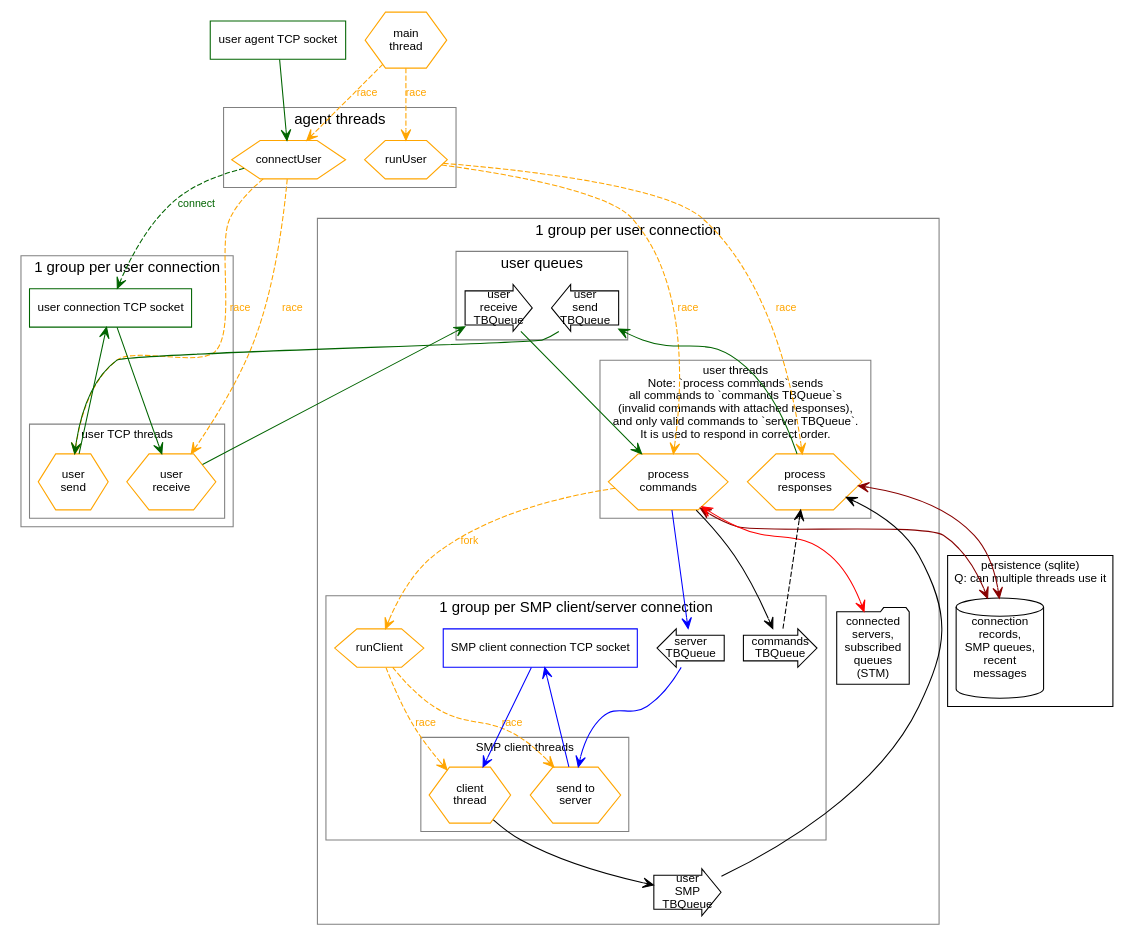
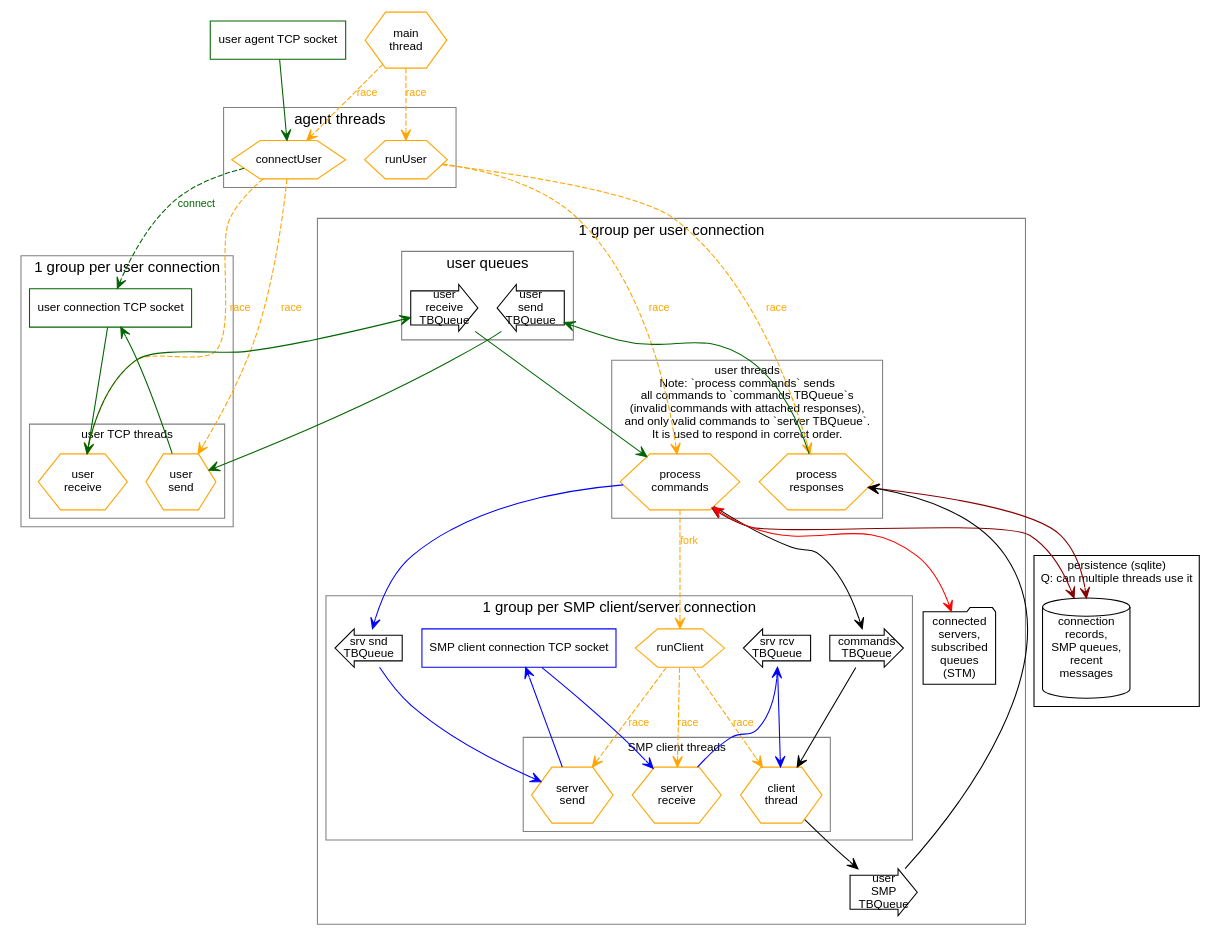
Before and after one commit to simplex-chat/simplexmq: the diagram in design/agent2.gv, drawn with Graphviz.

Commit message:
diagram: move command corellation to the client group

```diff
--- a/design/agent2.gv
+++ b/design/agent2.gv
@@ -1,101 +1,103 @@
 digraph SMPAgent {
   graph [fontname=arial]
   node [fontname=arial fontsize=11 shape=box]
   edge [fontname=arial fontsize=10 arrowhead=open arrowtail=open]
 
   main [shape=hexagon color=orange label="main\nthread"]
   aSock [label="user agent TCP socket" color=darkgreen]
 
   subgraph clusterPersistence {
     graph [fontsize=11]
     label="persistence (sqlite)\nQ: can multiple threads use it"
     connectionsStore [shape=cylinder label="connection\nrecords,\nSMP queues,\nrecent\nmessages"]
   }
 
   subgraph clusterAgent {
     graph [color=gray]
     node [shape=hexagon color=orange]
     label="agent threads" 
     connectUser
     runUser
   }
 
   main -> {runUser connectUser} [style=dashed label="race" color=orange fontcolor=orange]
   aSock -> connectUser [color=darkgreen]
 
   subgraph clusterUserTCP {
     graph [color=gray]
     label="1 group per user connection"
     uSock [label="user connection TCP socket" color=darkgreen]
 
     subgraph clusterUserTCPThreads {
       graph [fontsize=11 color=gray]
       label="user TCP threads"
       node [shape=hexagon, color=orange]
       uRcv [label="user\nreceive"]
       uSnd [label="user\nsend"]
     }
 
     uSock -> uRcv [color=darkgreen]
     uSnd -> uSock [color=darkgreen]
   }
 
   subgraph clusterUser {
     graph [color=gray]
     label="1 group per user connection"
 
     subgraph clusterUserInterface {
       label="user queues"
       uInq [shape=rarrow label="user\nreceive\nTBQueue"]
       uOutq [shape=larrow label="user\nsend\nTBQueue"]
     }
 
     subgraph clusterUserThreads {
       graph [fontsize=11 color=gray]
       label="user threads\nNote: `process commands` sends\nall commands to `commands TBQueue`s\n(invalid commands with attached responses),\nand only valid commands to `server TBQueue`.\nIt is used to respond in correct order."
       node [shape=hexagon, color=orange]
       uAgent [label="process\ncommands"]
       uProcess [label="process\nresponses"]
     }
 
     uRcv -> uInq -> uAgent [color=darkgreen]
     uProcess -> uOutq -> uSnd [color=darkgreen]
 
     subgraph clusterClient {
       graph [color=gray]
       label="1 group per SMP client/server connection"
       runClient [shape=hexagon, color=orange]
-      sOutq [shape=larrow label="server\nTBQueue"]
+      sOutq [shape=larrow label="srv snd\nTBQueue"]
+      iInq [shape=larrow  label="srv rcv\nTBQueue"]
       sCmdq [shape=rarrow label="commands\nTBQueue"]
       sSock [label="SMP client connection TCP socket" color=blue]
 
       subgraph clusterServerThreads {
         graph [fontsize=11 color=gray]
         label="SMP client threads"
         node [shape=hexagon, color=orange]
         sAgent [label="client\nthread"]
-        sSnd [label="send to\nserver"]
+        sRcv [label="server\nreceive"]
+        sSnd [label="server\nsend"]
       }
 
-      runClient -> {sAgent sSnd} [style=dashed label=race color=orange fontcolor=orange]
-      sSock -> sAgent [color=blue]
+      runClient -> {sAgent sRcv sSnd} [style=dashed label=race color=orange fontcolor=orange]
+      sSock -> sRcv -> iInq -> sAgent [color=blue]
       uAgent -> sOutq -> sSnd -> sSock [color=blue]
     }
 
     uAgent -> userState [dir=both color=red]
     {uAgent uProcess} -> connectionsStore [dir=both color="#880000"]
 
     connectUser -> uSock [style=dashed label="connect" color=darkgreen fontcolor=darkgreen]
     connectUser -> {uRcv uSnd} [style=dashed label="race" color=orange fontcolor=orange]
     runUser -> {uAgent uProcess} [style=dashed label="race" color=orange fontcolor=orange]
 
     userState [label="connected\nservers,\nsubscribed\nqueues\n(STM)" shape="folder"]
     uRespq [shape=rarrow label="user\nSMP\nTBQueue"]
 
     uAgent -> sCmdq
-    sCmdq -> uProcess [style=dashed]
+    sCmdq -> sAgent
     sAgent -> uRespq -> uProcess
 
     uAgent -> runClient [style=dashed label="fork" color=orange fontcolor=orange]
   }
 }
```
